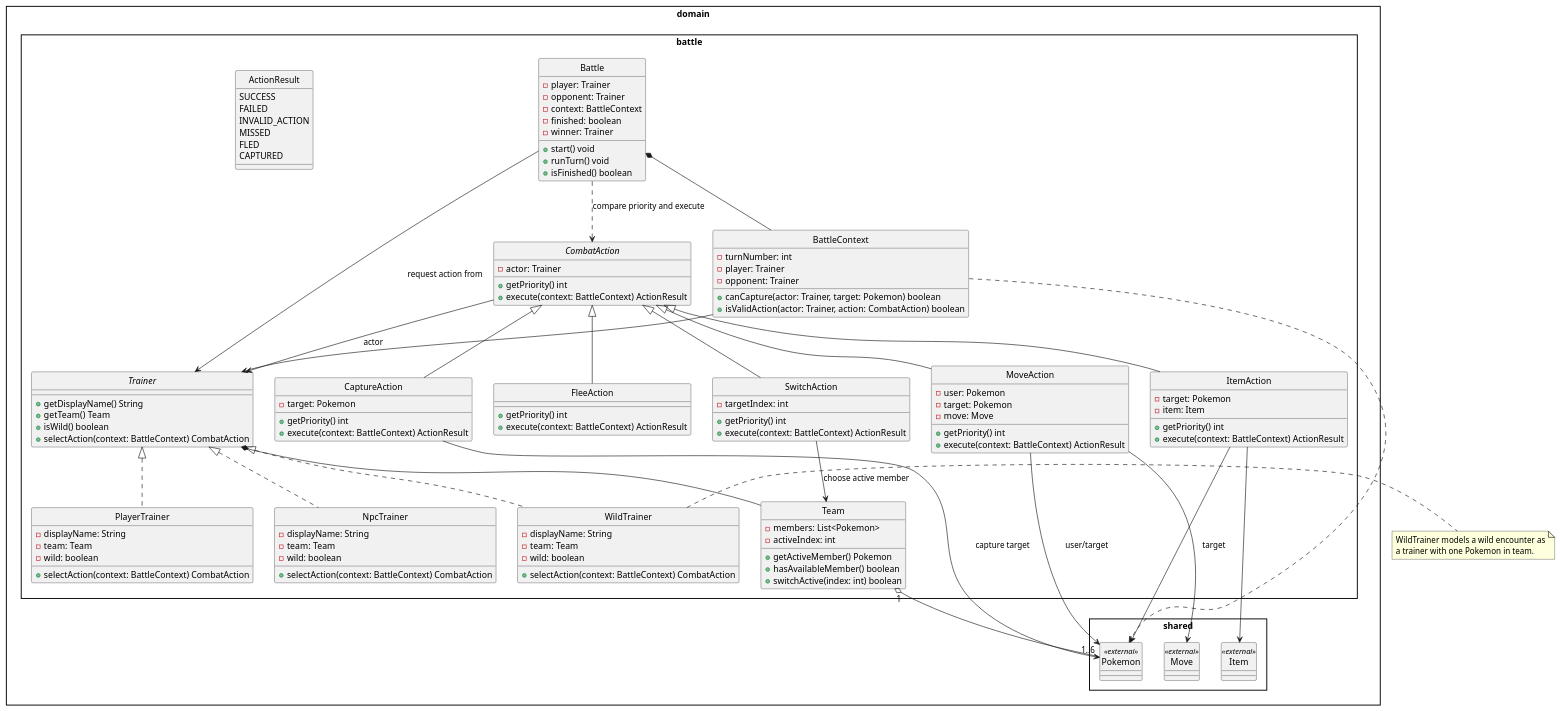
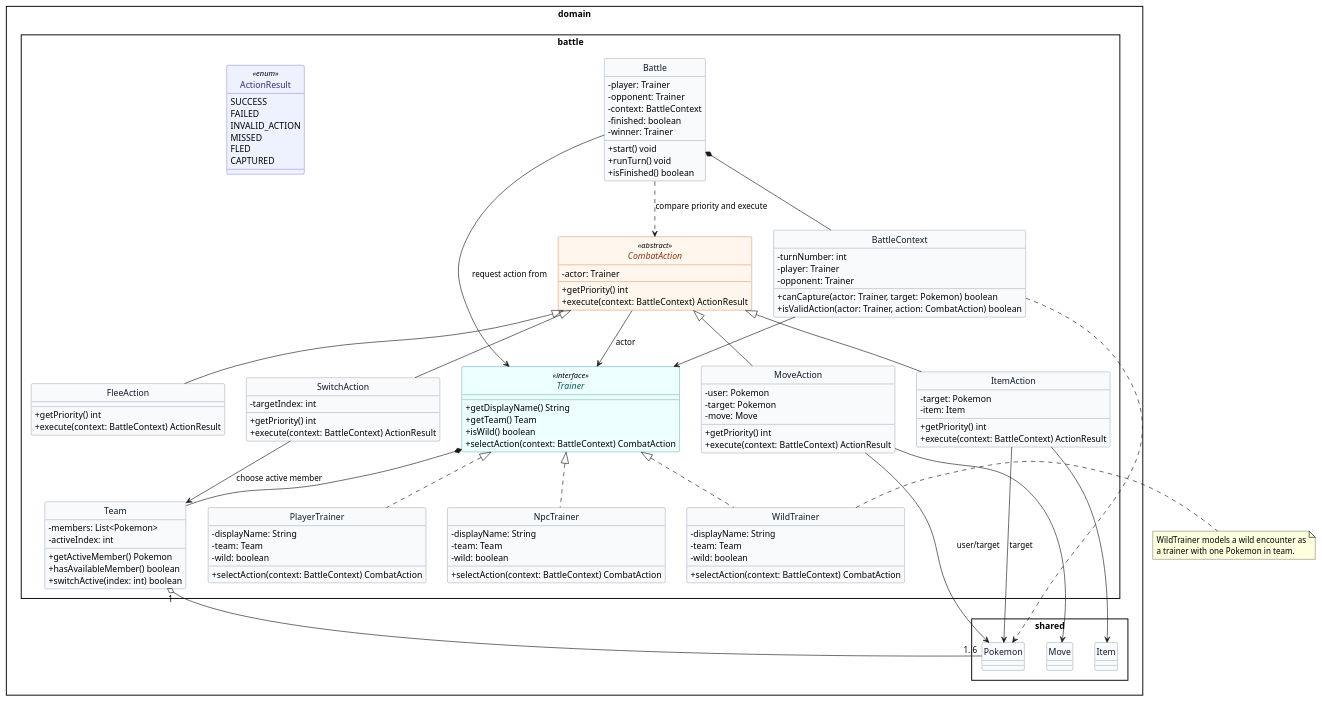
Before and after one commit to Gabriel-Petersen/PokemonPOO: the diagram in diagrams/01-battle-core-actions.puml, drawn with PlantUML. The commit also changed 4 other files, not shown here.

Commit message:
Refining Diagrams

```diff
--- a/diagrams/01-battle-core-actions.puml
+++ b/diagrams/01-battle-core-actions.puml
@@ -1,148 +1,166 @@
 @startuml combat
 skinparam style strictuml
 skinparam packageStyle rectangle
+skinparam shadowing false
+skinparam classAttributeIconSize 0
+
+skinparam class {
+    BackgroundColor #F8FAFC
+    BorderColor #64748B
+    FontColor #0F172A
+}
+
+skinparam class<<abstract>> {
+    BackgroundColor #FFF7ED
+    BorderColor #C2410C
+    FontColor #9A3412
+}
+
+skinparam class<<interface>> {
+    BackgroundColor #ECFEFF
+    BorderColor #0F766E
+    FontColor #115E59
+}
+
+skinparam class<<enum>> {
+    BackgroundColor #EEF2FF
+    BorderColor #4338CA
+    FontColor #312E81
+}
 
 package "domain.battle" {
-    interface Trainer {
+    interface Trainer <<interface>> #ECFEFF {
         +getDisplayName() String
         +getTeam() Team
         +isWild() boolean
         +selectAction(context: BattleContext) CombatAction
     }
 
-    class PlayerTrainer {
+    class PlayerTrainer #F8FAFC {
         -displayName: String
         -team: Team
         -wild: boolean
         +selectAction(context: BattleContext) CombatAction
     }
 
-    class NpcTrainer {
+    class NpcTrainer #F8FAFC {
         -displayName: String
         -team: Team
         -wild: boolean
         +selectAction(context: BattleContext) CombatAction
     }
 
-    class WildTrainer {
+    class WildTrainer #F8FAFC {
         -displayName: String
         -team: Team
         -wild: boolean
         +selectAction(context: BattleContext) CombatAction
     }
 
-    class Team {
+    class Team #F8FAFC {
         -members: List<Pokemon>
         -activeIndex: int
         +getActiveMember() Pokemon
         +hasAvailableMember() boolean
         +switchActive(index: int) boolean
     }
 
-    class Battle {
+    class Battle #F8FAFC {
         -player: Trainer
         -opponent: Trainer
         -context: BattleContext
         -finished: boolean
         -winner: Trainer
         +start() void
         +runTurn() void
         +isFinished() boolean
     }
 
-    class BattleContext {
+    class BattleContext #F8FAFC {
         -turnNumber: int
         -player: Trainer
         -opponent: Trainer
         +canCapture(actor: Trainer, target: Pokemon) boolean
         +isValidAction(actor: Trainer, action: CombatAction) boolean
     }
 
-    abstract class CombatAction {
+    abstract class CombatAction <<abstract>> #FFF7ED {
         -actor: Trainer
         +getPriority() int
         +execute(context: BattleContext) ActionResult
     }
 
-    class MoveAction {
+    class MoveAction #F8FAFC {
         -user: Pokemon
         -target: Pokemon
         -move: Move
         +getPriority() int
         +execute(context: BattleContext) ActionResult
     }
 
-    class ItemAction {
+    class ItemAction #F8FAFC {
         -target: Pokemon
         -item: Item
         +getPriority() int
         +execute(context: BattleContext) ActionResult
     }
 
-    class SwitchAction {
+    class SwitchAction #F8FAFC {
         -targetIndex: int
         +getPriority() int
         +execute(context: BattleContext) ActionResult
     }
 
-    class FleeAction {
+    class FleeAction #F8FAFC {
         +getPriority() int
         +execute(context: BattleContext) ActionResult
     }
 
-    class CaptureAction {
-        -target: Pokemon
-        +getPriority() int
-        +execute(context: BattleContext) ActionResult
-    }
-
-    enum ActionResult {
+    enum ActionResult <<enum>> #EEF2FF {
         SUCCESS
         FAILED
         INVALID_ACTION
         MISSED
         FLED
         CAPTURED
     }
 }
 
 package "domain.shared" {
-    class Pokemon <<external>>
-    class Move <<external>>
-    class Item <<external>>
+    class Pokemon #F8FAFC
+    class Move #F8FAFC
+    class Item #F8FAFC
 }
 
 Trainer <|.. PlayerTrainer
 Trainer <|.. NpcTrainer
 Trainer <|.. WildTrainer
 
 Trainer *-- Team
 Team "1" o-- "1..6" Pokemon
 
 Battle *-- BattleContext
 Battle --> Trainer : request action from
 Battle ..> CombatAction : compare priority and execute
 
 CombatAction <|-- MoveAction
 CombatAction <|-- ItemAction
 CombatAction <|-- SwitchAction
 CombatAction <|-- FleeAction
-CombatAction <|-- CaptureAction
 
 CombatAction --> Trainer : actor
 MoveAction --> Pokemon : user/target
 MoveAction --> Move
 ItemAction --> Pokemon : target
 ItemAction --> Item
 SwitchAction --> Team : choose active member
-CaptureAction --> Pokemon : capture target
 
 BattleContext --> Trainer
 BattleContext ..> Pokemon
 
 note right of WildTrainer
 WildTrainer models a wild encounter as
 a trainer with one Pokemon in team.
 end note
 
 @enduml
```
